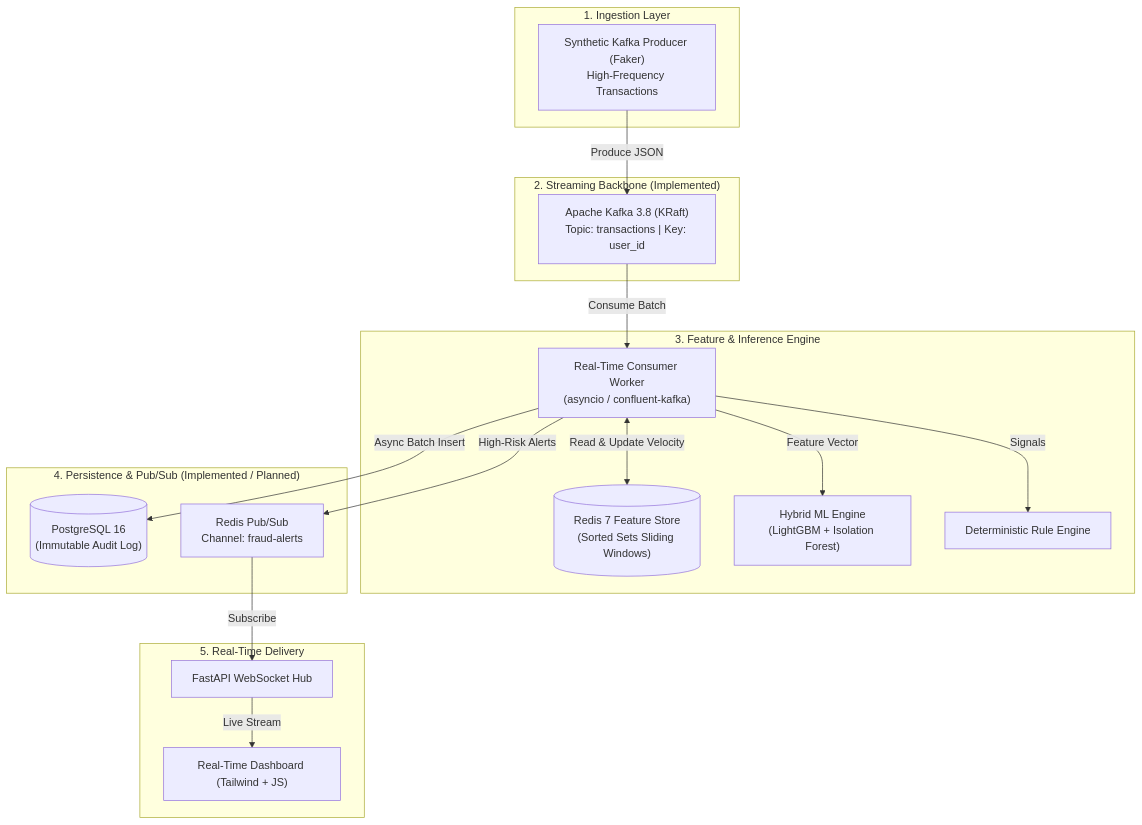
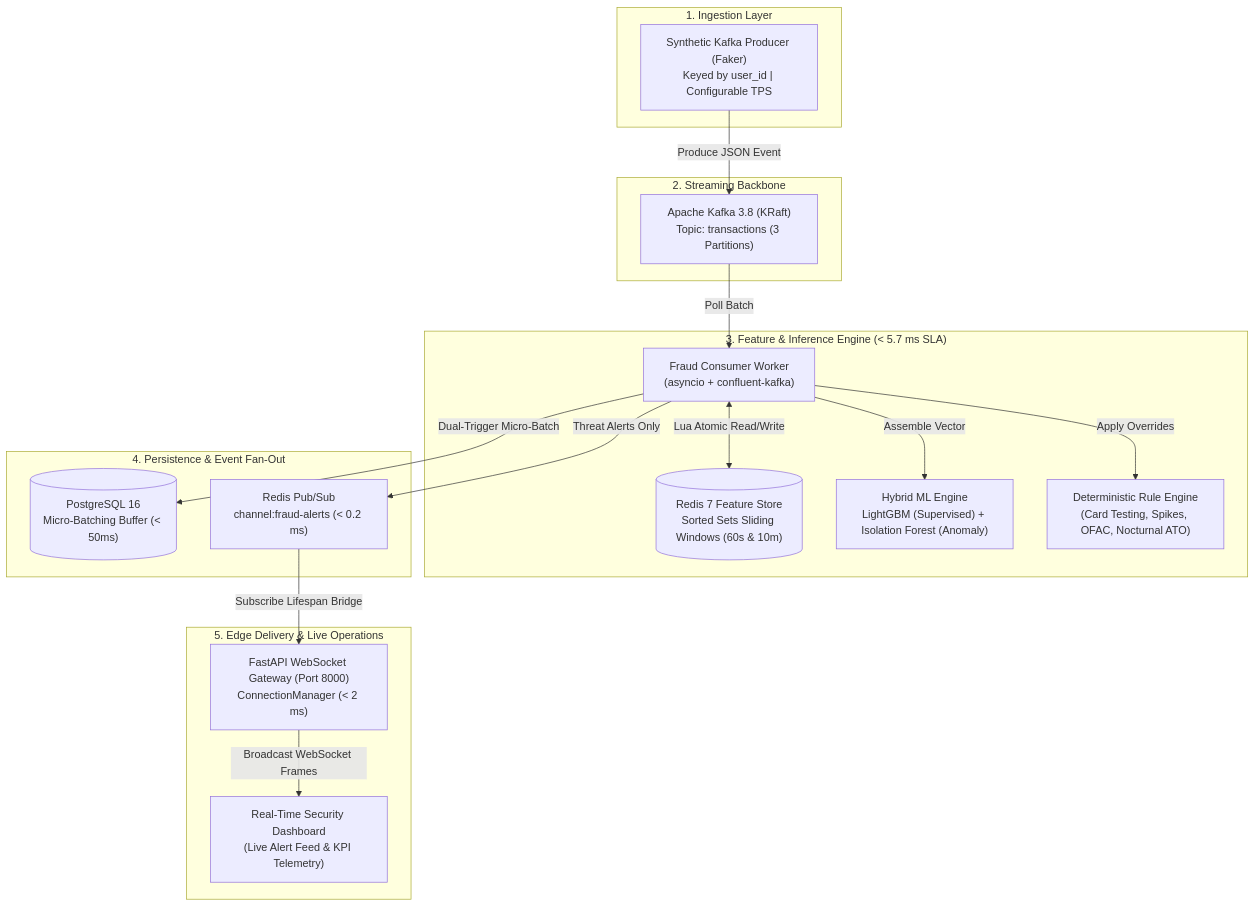
One commit to abubinfahd/realtime-fraud-detection changed the diagram in README.md. Above: the diagram before and after it, drawn with Mermaid. The commit also changed other lines of this file and 3 other files, not shown here.

````diff
--- a/README.md
+++ b/README.md
@@ -22,37 +55,37 @@
 ```mermaid
 flowchart TD
     subgraph Ingestion["1. Ingestion Layer"]
-        PROD["Synthetic Kafka Producer (Faker)\nHigh-Frequency Transactions"]
+        PROD["Synthetic Kafka Producer (Faker)\nKeyed by user_id | Configurable TPS"]
     end
 
-    subgraph Streaming["2. Streaming Backbone (Implemented)"]
-        KAFKA["Apache Kafka 3.8 (KRaft)\nTopic: transactions | Key: user_id"]
+    subgraph Streaming["2. Streaming Backbone"]
+        KAFKA["Apache Kafka 3.8 (KRaft)\nTopic: transactions (3 Partitions)"]
     end
 
-    subgraph Processing["3. Feature & Inference Engine"]
-        WORKER["Real-Time Consumer Worker\n(asyncio / confluent-kafka)"]
-        REDIS_FS[("Redis 7 Feature Store\n(Sorted Sets Sliding Windows)")]
-        ML["Hybrid ML Engine\n(LightGBM + Isolation Forest)"]
-        RULES["Deterministic Rule Engine"]
+    subgraph Processing["3. Feature & Inference Engine (< 5.7 ms SLA)"]
+        WORKER["Fraud Consumer Worker\n(asyncio + confluent-kafka)"]
+        REDIS_FS[("Redis 7 Feature Store\nSorted Sets Sliding Windows (60s & 10m)")]
+        ML["Hybrid ML Engine\nLightGBM (Supervised) + Isolation Forest (Anomaly)"]
+        RULES["Deterministic Rule Engine\n(Card Testing, Spikes, OFAC, Nocturnal ATO)"]
     end
 
-    subgraph Storage["4. Persistence & Pub/Sub (Implemented / Planned)"]
-        PG[("PostgreSQL 16\n(Immutable Audit Log)")]
-        REDIS_PS["Redis Pub/Sub\nChannel: fraud-alerts"]
+    subgraph Storage["4. Persistence & Event Fan-Out"]
+        PG[("PostgreSQL 16\nMicro-Batching Buffer (< 50ms)")]
+        REDIS_PS["Redis Pub/Sub\nchannel:fraud-alerts (< 0.2 ms)"]
     end
 
-    subgraph Gateway["5. Real-Time Delivery"]
-        API["FastAPI WebSocket Hub"]
-        DASH["Real-Time Dashboard (Tailwind + JS)"]
+    subgraph Gateway["5. Edge Delivery & Live Operations"]
+        API["FastAPI WebSocket Gateway (Port 8000)\nConnectionManager (< 2 ms)"]
+        DASH["Real-Time Security Dashboard\n(Live Alert Feed & KPI Telemetry)"]
     end
 
-    PROD -->|Produce JSON| KAFKA
-    KAFKA -->|Consume Batch| WORKER
-    WORKER <-->|Read & Update Velocity| REDIS_FS
-    WORKER -->|Feature Vector| ML
-    WORKER -->|Signals| RULES
-    WORKER -->|Async Batch Insert| PG
-    WORKER -->|High-Risk Alerts| REDIS_PS
-    REDIS_PS -->|Subscribe| API
-    API -->|Live Stream| DASH
+    PROD -->|Produce JSON Event| KAFKA
+    KAFKA -->|Poll Batch| WORKER
+    WORKER <-->|Lua Atomic Read/Write| REDIS_FS
+    WORKER -->|Assemble Vector| ML
+    WORKER -->|Apply Overrides| RULES
+    WORKER -->|Dual-Trigger Micro-Batch| PG
+    WORKER -->|Threat Alerts Only| REDIS_PS
+    REDIS_PS -->|Subscribe Lifespan Bridge| API
+    API -->|Broadcast WebSocket Frames| DASH
 ```
````
